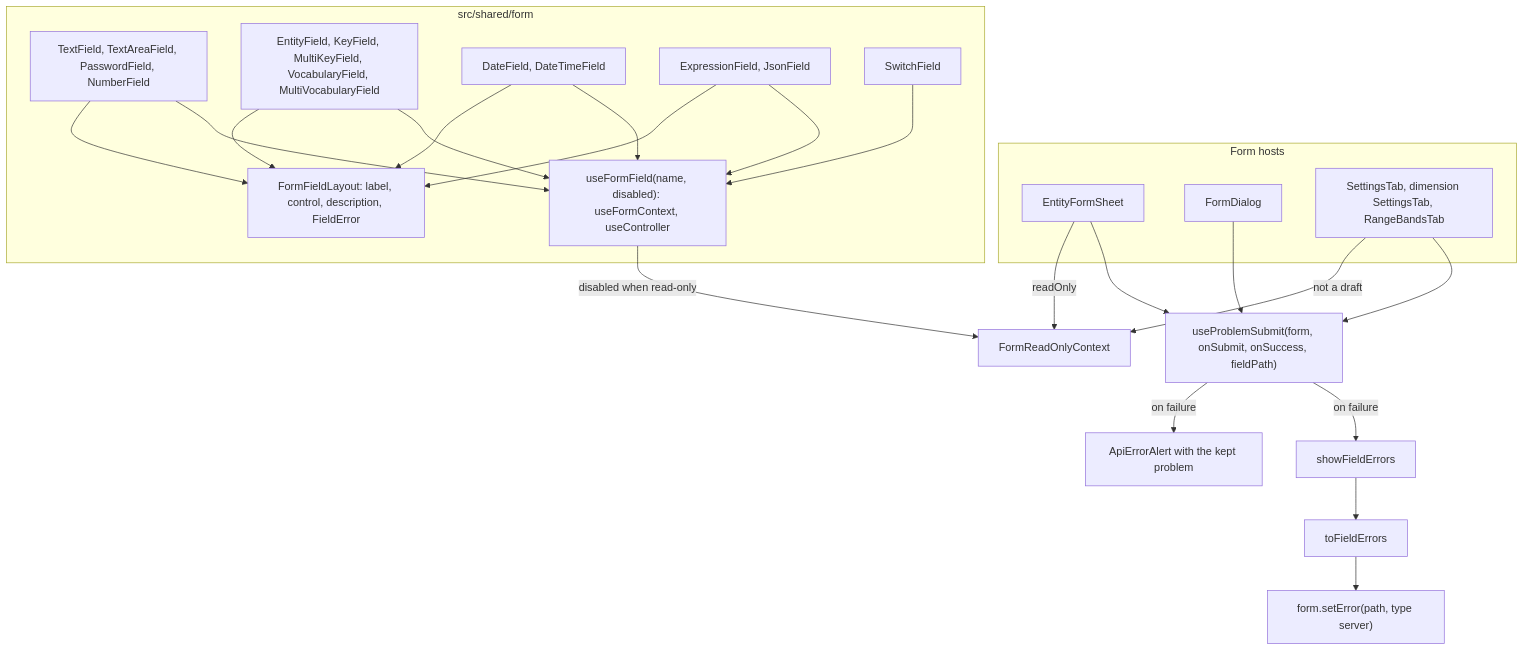
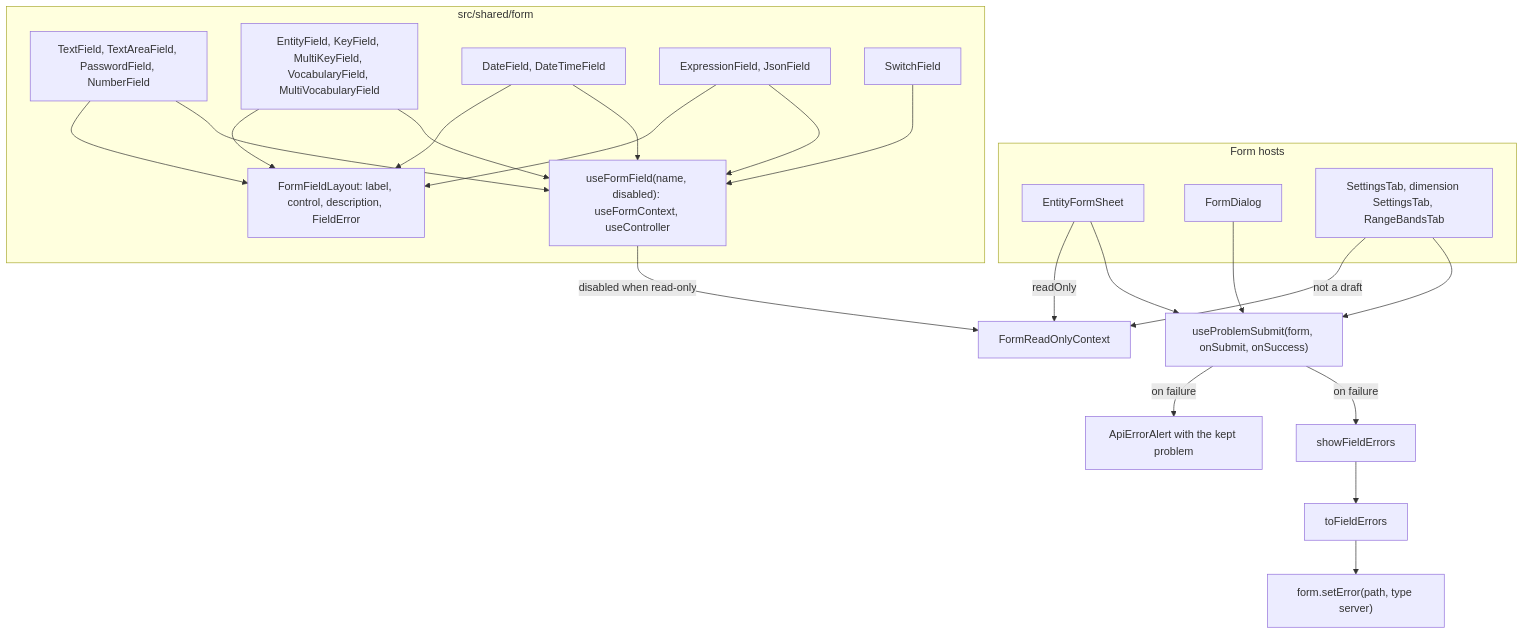
The fourth of 9 diagrams in web/docs/architecture/03-how-it-works.md (chrisaliotta/Quantalytix.QueryEngine.Admin), drawn with Mermaid before and after one commit. The commit also changed other lines of this file and 53 other files, not shown here.

````diff
--- a/web/docs/architecture/03-how-it-works.md
+++ b/web/docs/architecture/03-how-it-works.md
@@ -167,42 +167,42 @@
 ```mermaid
 flowchart TB
     subgraph hosts ["Form hosts"]
         Sheet["EntityFormSheet"]
         Dialog["FormDialog"]
         Inline["SettingsTab, dimension SettingsTab, RangeBandsTab"]
     end
-    Submit["useProblemSubmit(form, onSubmit, onSuccess, fieldPath)"]
+    Submit["useProblemSubmit(form, onSubmit, onSuccess)"]
     ShowErrors["showFieldErrors"]
     ToFieldErrors["toFieldErrors"]
     SetError["form.setError(path, type server)"]
     Alert["ApiErrorAlert with the kept problem"]
     ReadOnly["FormReadOnlyContext"]
     subgraph fields ["src/shared/form"]
         TextFields["TextField, TextAreaField, PasswordField, NumberField"]
         PickerFields["EntityField, KeyField, MultiKeyField, VocabularyField, MultiVocabularyField"]
         DateFields["DateField, DateTimeField"]
         EditorFields["ExpressionField, JsonField"]
         Toggle["SwitchField"]
         UseFormField["useFormField(name, disabled): useFormContext, useController"]
         Layout["FormFieldLayout: label, control, description, FieldError"]
     end
     Sheet --> Submit
     Dialog --> Submit
     Inline --> Submit
     Sheet -->|"readOnly"| ReadOnly
     Inline -->|"not a draft"| ReadOnly
     Submit -->|"on failure"| ShowErrors
     ShowErrors --> ToFieldErrors
     ToFieldErrors --> SetError
     Submit -->|"on failure"| Alert
     TextFields --> UseFormField
     PickerFields --> UseFormField
     DateFields --> UseFormField
     EditorFields --> UseFormField
     Toggle --> UseFormField
     UseFormField -->|"disabled when read-only"| ReadOnly
     TextFields --> Layout
     PickerFields --> Layout
     DateFields --> Layout
     EditorFields --> Layout
 ```
````
